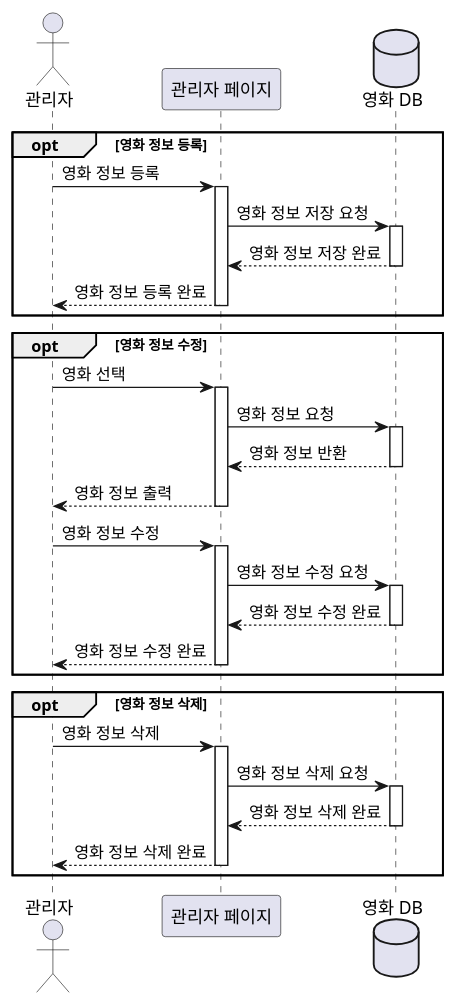
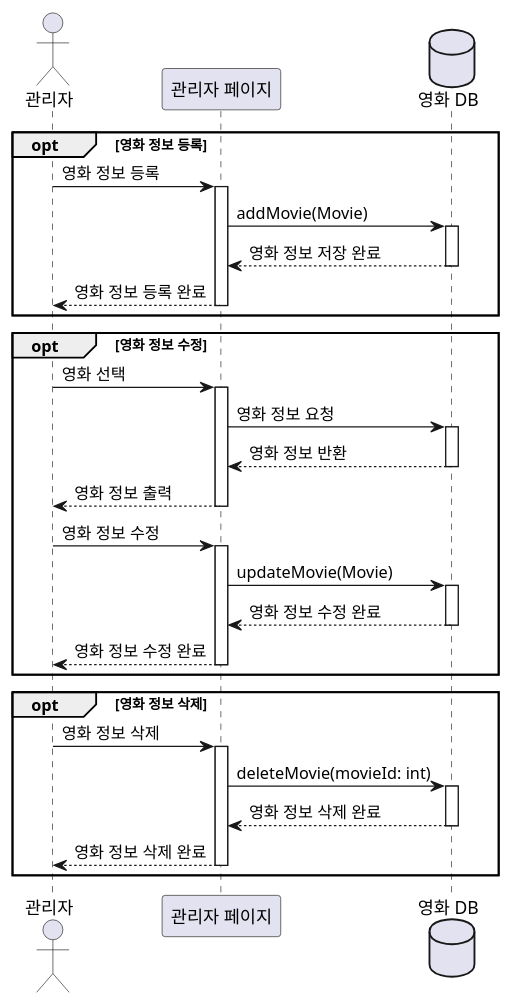
One commit to marmot8080/SWE changed the diagram in src/sequence_manage.puml. Above: the diagram before and after it, drawn with PlantUML. The commit also changed 6 other files, not shown here.

Commit message:
Update sequence diagram

```diff
--- a/src/sequence_manage.puml
+++ b/src/sequence_manage.puml
@@ -1,48 +1,48 @@
 @startuml
 
 actor "관리자" as admin
 participant "관리자 페이지" as adminPage
 database "영화 DB" as db
 
 opt 영화 정보 등록
 admin -> adminPage : 영화 정보 등록
 activate adminPage
-adminPage -> db : 영화 정보 저장 요청
+adminPage -> db : addMovie(Movie)
 activate db
 db --> adminPage : 영화 정보 저장 완료
 deactivate db
 adminPage --> admin : 영화 정보 등록 완료
 deactivate adminPage
 end
 
 opt 영화 정보 수정
 admin -> adminPage : 영화 선택
 activate adminPage
 adminPage -> db : 영화 정보 요청
 activate db
 db --> adminPage : 영화 정보 반환
 deactivate db
 adminPage --> admin : 영화 정보 출력
 deactivate adminPage
 admin -> adminPage : 영화 정보 수정
 activate adminPage
-adminPage -> db : 영화 정보 수정 요청
+adminPage -> db : updateMovie(Movie)
 activate db
 db --> adminPage : 영화 정보 수정 완료
 deactivate db
 adminPage --> admin : 영화 정보 수정 완료
 deactivate adminPage
 end
 
 opt 영화 정보 삭제
 admin -> adminPage : 영화 정보 삭제
 activate adminPage
-adminPage -> db : 영화 정보 삭제 요청
+adminPage -> db : deleteMovie(movieId: int)
 activate db
 db --> adminPage : 영화 정보 삭제 완료
 deactivate db
 adminPage --> admin : 영화 정보 삭제 완료
 deactivate adminPage
 end
 
 @enduml
```
